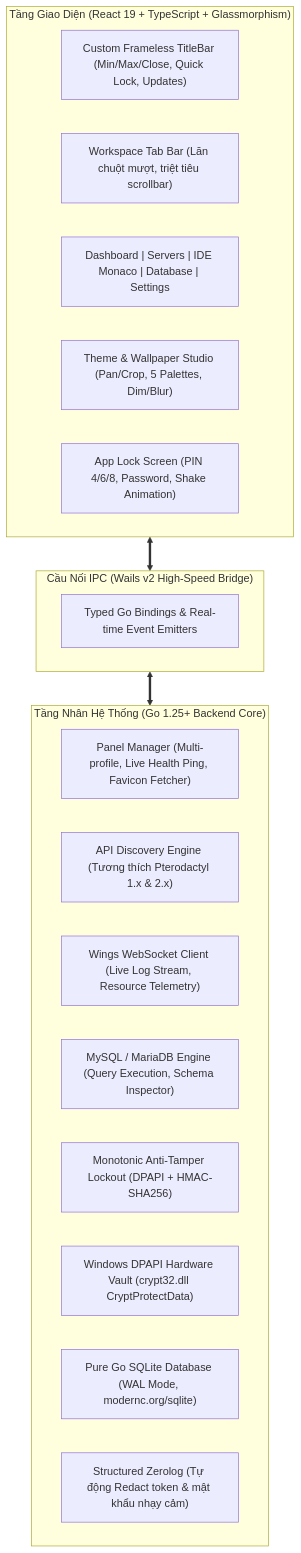
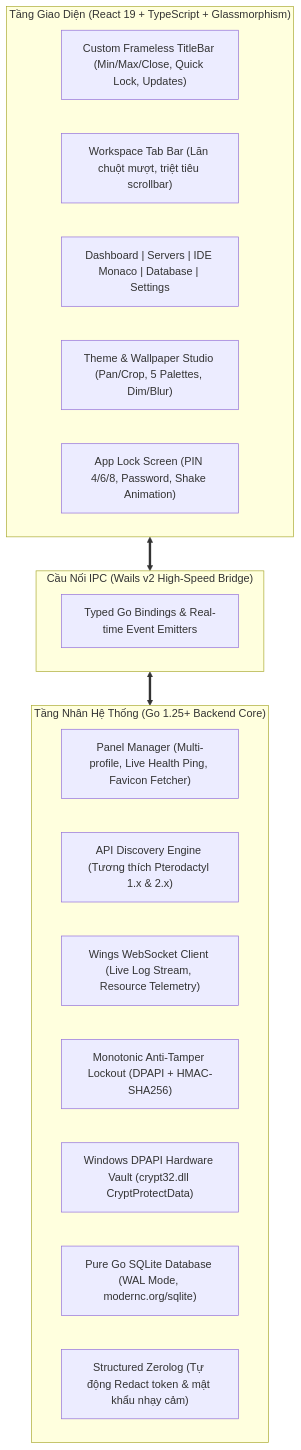
One commit to synoraww/SynoraDesk changed the diagram in README.md. Above: the diagram before and after it, drawn with Mermaid. The commit also changed other lines of this file, not shown here.

````diff
--- a/README.md
+++ b/README.md
@@ -57,27 +55,26 @@
 ```mermaid
 flowchart TD
     subgraph UI["Tầng Giao Diện (React 19 + TypeScript + Glassmorphism)"]
         TitleBar["Custom Frameless TitleBar (Min/Max/Close, Quick Lock, Updates)"]
         WSBar["Workspace Tab Bar (Lăn chuột mượt, triệt tiêu scrollbar)"]
         Views["Dashboard | Servers | IDE Monaco | Database | Settings"]
         ThemeEngine["Theme & Wallpaper Studio (Pan/Crop, 5 Palettes, Dim/Blur)"]
         LockScreen["App Lock Screen (PIN 4/6/8, Password, Shake Animation)"]
     end
 
     subgraph IPC["Cầu Nối IPC (Wails v2 High-Speed Bridge)"]
         Bindings["Typed Go Bindings & Real-time Event Emitters"]
     end
 
     subgraph Backend["Tầng Nhân Hệ Thống (Go 1.25+ Backend Core)"]
         PanelMgr["Panel Manager (Multi-profile, Live Health Ping, Favicon Fetcher)"]
         Discovery["API Discovery Engine (Tương thích Pterodactyl 1.x & 2.x)"]
         ConsoleWS["Wings WebSocket Client (Live Log Stream, Resource Telemetry)"]
-        DBClient["MySQL / MariaDB Engine (Query Execution, Schema Inspector)"]
         LockoutMgr["Monotonic Anti-Tamper Lockout (DPAPI + HMAC-SHA256)"]
         DPAPI["Windows DPAPI Hardware Vault (crypt32.dll CryptProtectData)"]
         SQLite["Pure Go SQLite Database (WAL Mode, modernc.org/sqlite)"]
         Logger["Structured Zerolog (Tự động Redact token & mật khẩu nhạy cảm)"]
     end
 
     UI <==> IPC <==> Backend
 ```
````
